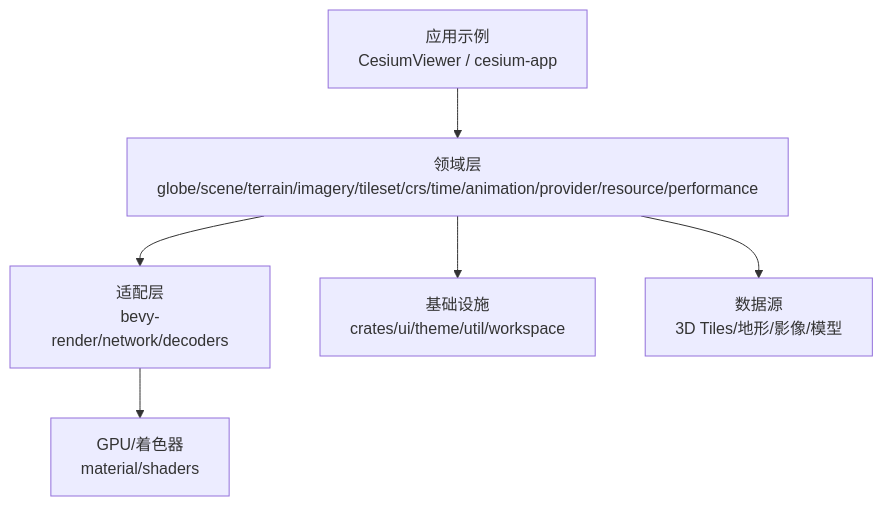
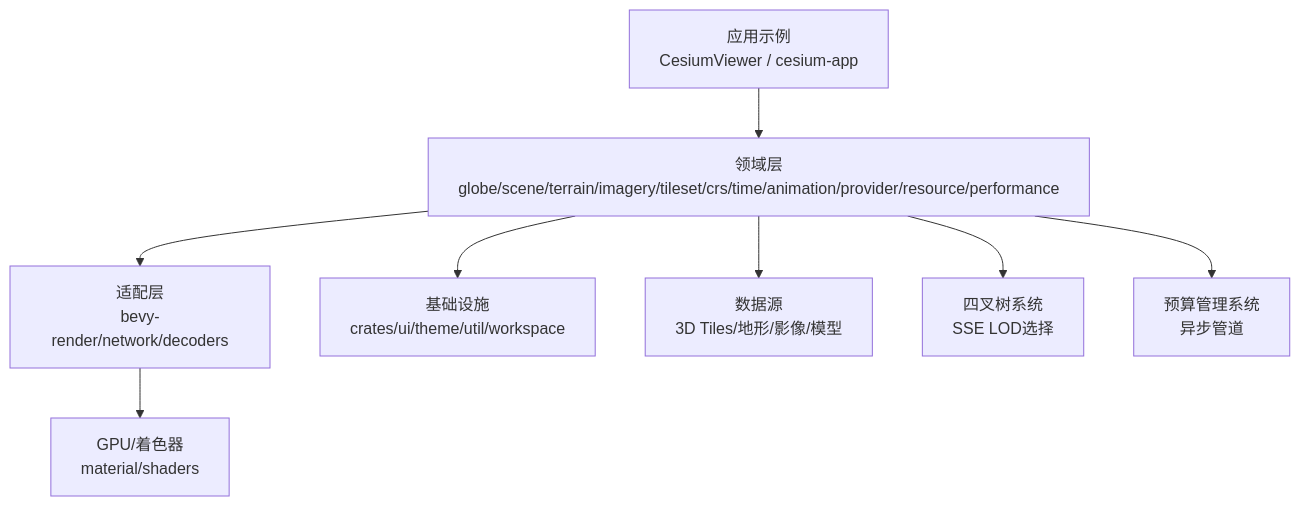
The second of 12 diagrams in .qoder/repowiki/zh/content/核心概念/渲染管线与场景图/动态地球渲染系统.md (rzhangjing/cesium), drawn with Mermaid before and after one commit. The commit also changed other lines of this file and 24 other files, not shown here.

````diff
--- a/.qoder/repowiki/zh/content/核心概念/渲染管线与场景图/动态地球渲染系统.md
+++ b/.qoder/repowiki/zh/content/核心概念/渲染管线与场景图/动态地球渲染系统.md
@@ -128,14 +145,18 @@
 ```mermaid
 graph TB
 App["应用示例<br/>CesiumViewer / cesium-app"]
 Domain["领域层<br/>globe/scene/terrain/imagery/tileset/crs/time/animation/provider/resource/performance"]
 Adapter["适配层<br/>bevy-render/network/decoders"]
 Infra["基础设施<br/>crates/ui/theme/util/workspace"]
 Data["数据源<br/>3D Tiles/地形/影像/模型"]
 GPU["GPU/着色器<br/>material/shaders"]
+Quadtree["四叉树系统<br/>SSE LOD选择"]
+Budget["预算管理系统<br/>异步管道"]
 App --> Domain
 Domain --> Adapter
 Adapter --> GPU
 Domain --> Data
 Domain --> Infra
+Domain --> Quadtree
+Domain --> Budget
 ```
````
